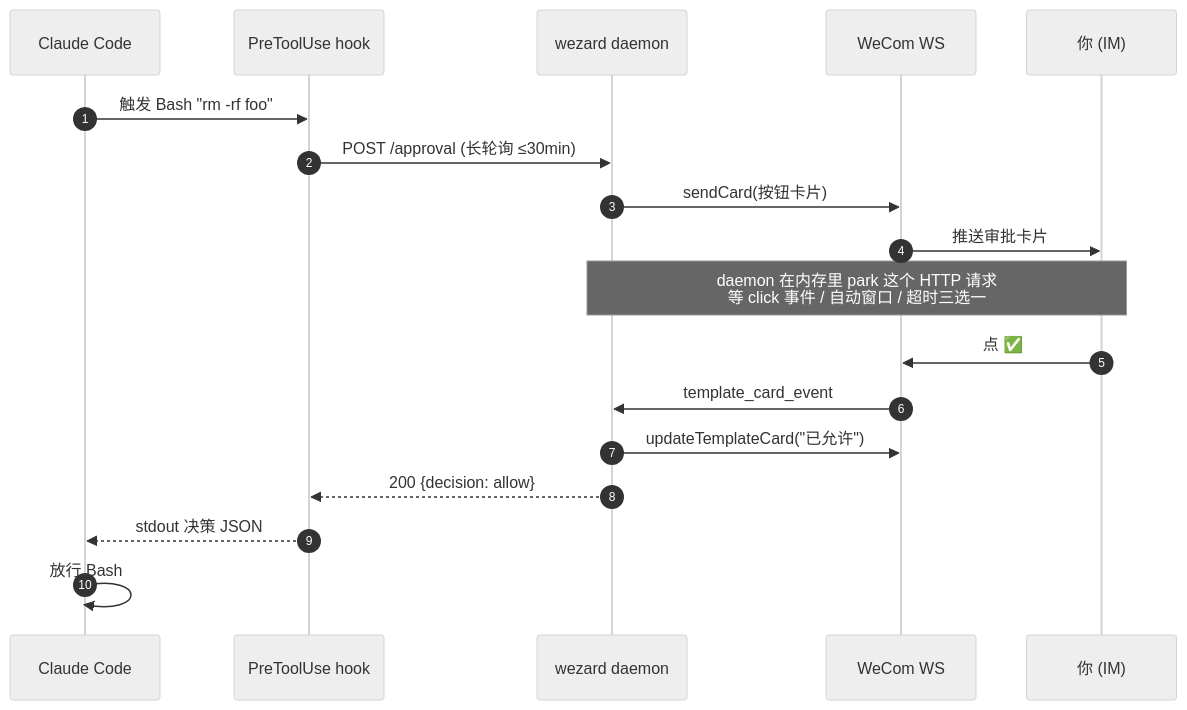
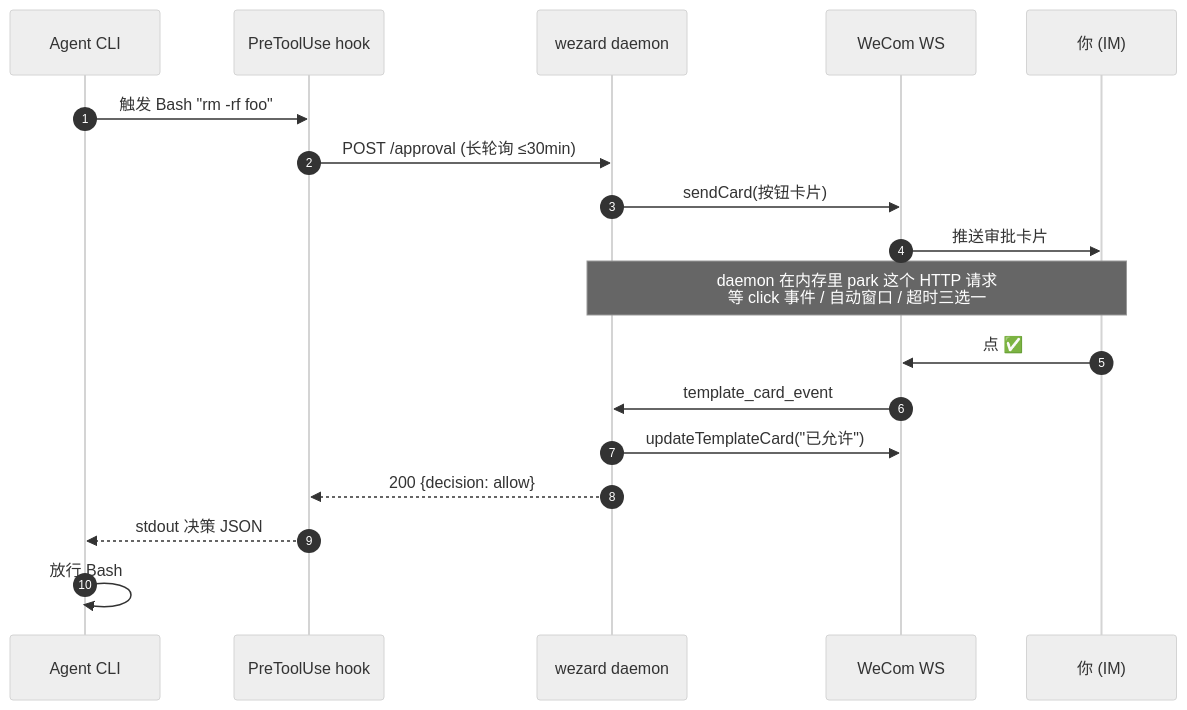
One commit to guxi11/weclaude changed the first of 4 diagrams in 技术说明.md. Above: the diagram before and after it, drawn with Mermaid (neutral theme). The commit also changed other lines of this file and 10 other files, not shown here.

First line of the commit message:
docs: 泛指 Claude 的用户可见文案统一改为 Agent

````diff
--- a/技术说明.md
+++ b/技术说明.md
@@ -27,21 +27,21 @@
 ```mermaid
 sequenceDiagram
     autonumber
-    participant CC as Claude Code
+    participant CC as Agent CLI
     participant Hook as PreToolUse hook
     participant D as wezard daemon
     participant WS as WeCom WS
     participant U as 你 (IM)
 
     CC->>Hook: 触发 Bash "rm -rf foo"
     Hook->>D: POST /approval (长轮询 ≤30min)
     D->>WS: sendCard(按钮卡片)
     WS->>U: 推送审批卡片
     Note over D,U: daemon 在内存里 park 这个 HTTP 请求<br/>等 click 事件 / 自动窗口 / 超时三选一
     U->>WS: 点 ✅
     WS->>D: template_card_event
     D->>WS: updateTemplateCard("已允许")
     D-->>Hook: 200 {decision: allow}
     Hook-->>CC: stdout 决策 JSON
     CC->>CC: 放行 Bash
 ```
````
